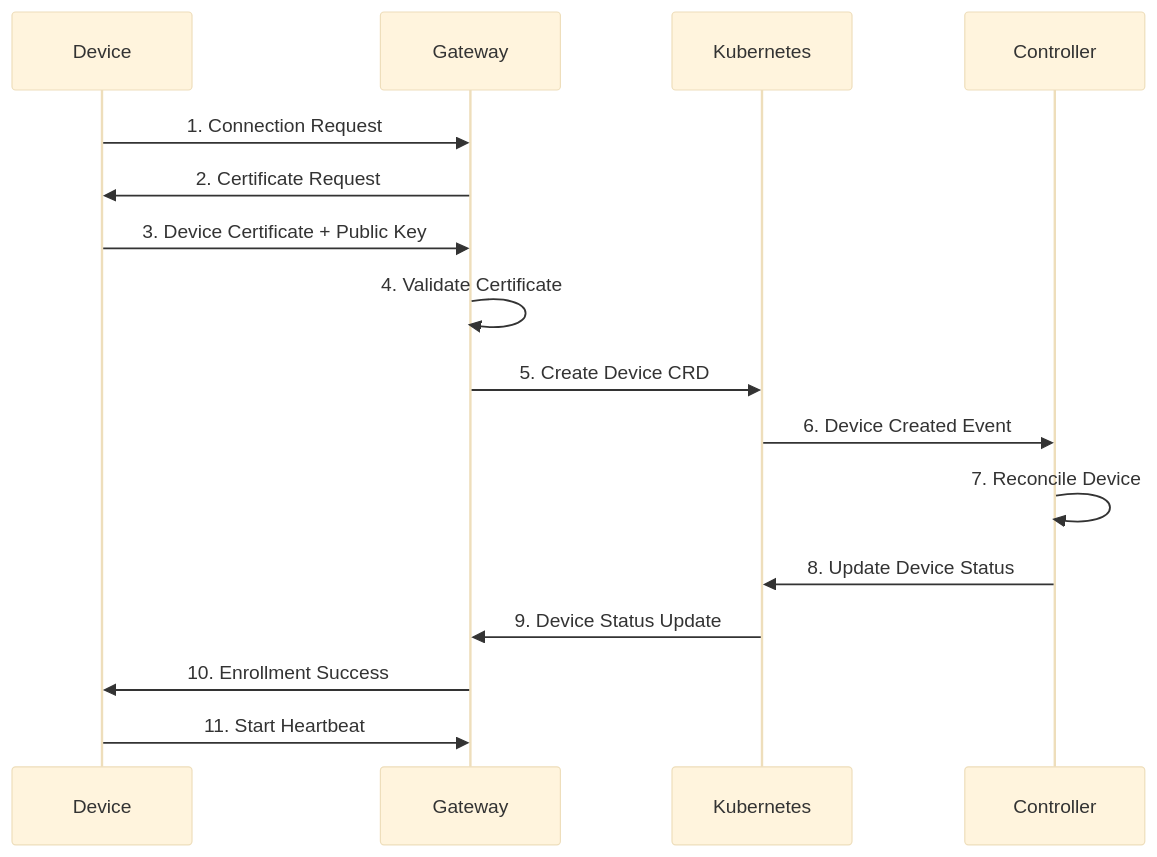
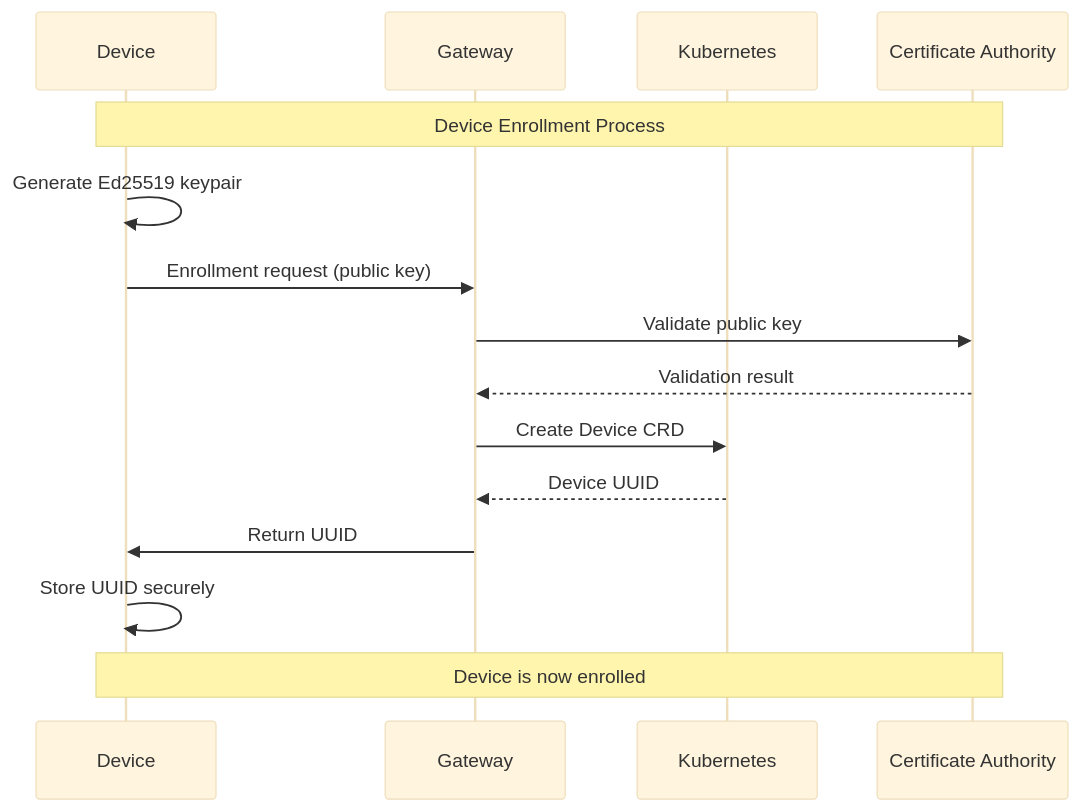
Before and after one commit to lucadagati/retrospect: the second of 4 diagrams in README.md, drawn with Mermaid (base theme). The commit also changed other lines of this file and 148 other files, not shown here.

````diff
--- a/README.md
+++ b/README.md
@@ -107,19 +239,20 @@
 ```mermaid
 sequenceDiagram
     participant D as Device
     participant G as Gateway
     participant K as Kubernetes
-    participant C as Controller
+    participant CA as Certificate Authority
     
-    D->>G: 1. Connection Request
-    G->>D: 2. Certificate Request
-    D->>G: 3. Device Certificate + Public Key
-    G->>G: 4. Validate Certificate
-    G->>K: 5. Create Device CRD
-    K->>C: 6. Device Created Event
-    C->>C: 7. Reconcile Device
-    C->>K: 8. Update Device Status
-    K->>G: 9. Device Status Update
-    G->>D: 10. Enrollment Success
-    D->>G: 11. Start Heartbeat
+    Note over D,CA: Device Enrollment Process
+    
+    D->>D: Generate Ed25519 keypair
+    D->>G: Enrollment request (public key)
+    G->>CA: Validate public key
+    CA-->>G: Validation result
+    G->>K: Create Device CRD
+    K-->>G: Device UUID
+    G->>D: Return UUID
+    D->>D: Store UUID securely
+    
+    Note over D,CA: Device is now enrolled
 ```
````
